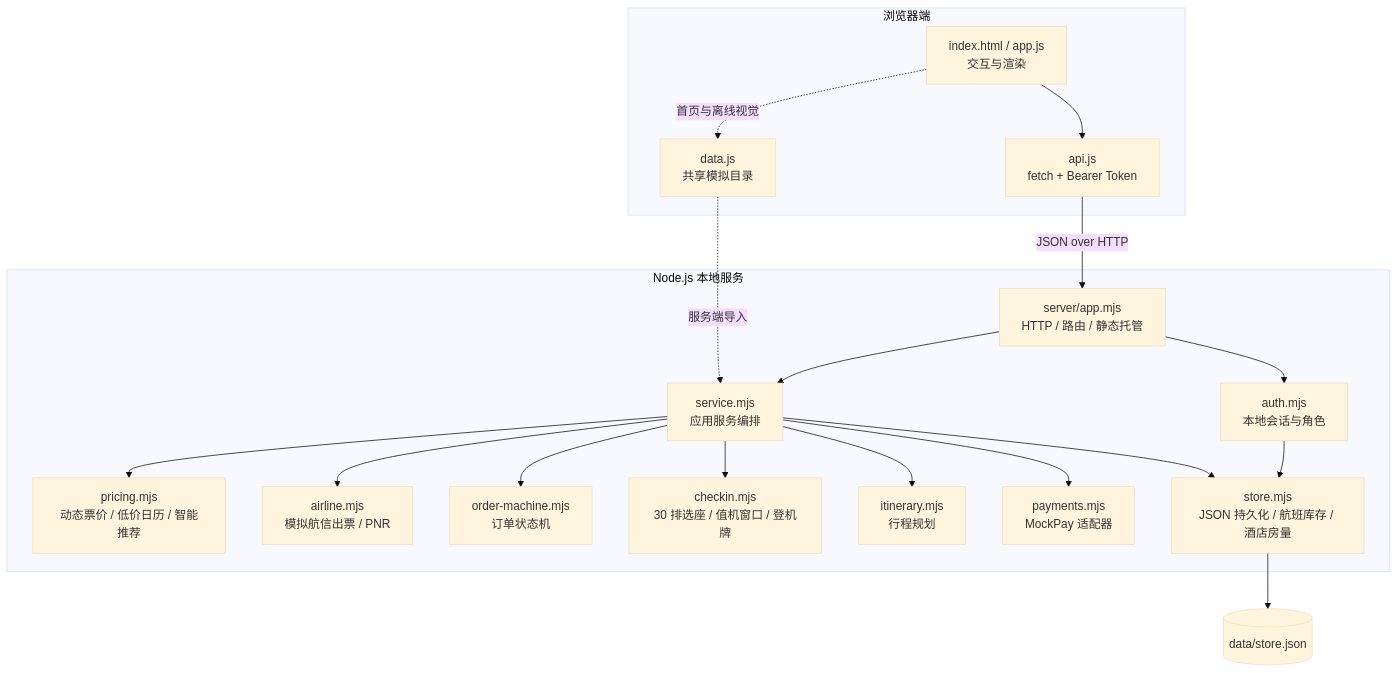
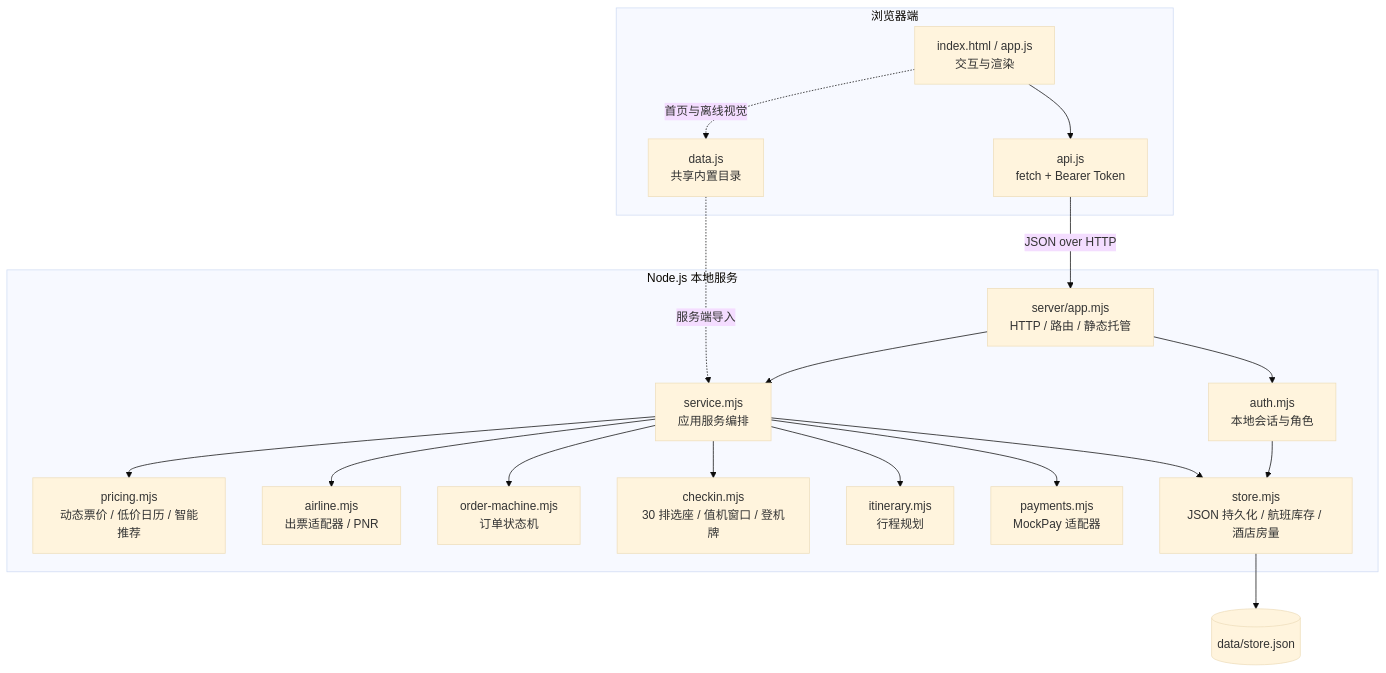
The second of 7 diagrams in docs/design.md (lonelyhty/hebut-xiecheng-se24), drawn with Mermaid (base theme) before and after one commit. The commit also changed other lines of this file and 50 other files, not shown here.

````diff
--- a/docs/design.md
+++ b/docs/design.md
@@ -61,36 +61,36 @@
 ```mermaid
 flowchart TB
   subgraph Browser[浏览器端]
     UI["index.html / app.js<br/>交互与渲染"]
     API_CLIENT["api.js<br/>fetch + Bearer Token"]
-    SHARED["data.js<br/>共享模拟目录"]
+    SHARED["data.js<br/>共享内置目录"]
   end
   subgraph NodeServer[Node.js 本地服务]
     HTTP["server/app.mjs<br/>HTTP / 路由 / 静态托管"]
     AUTH["auth.mjs<br/>本地会话与角色"]
     SERVICE["service.mjs<br/>应用服务编排"]
     PRICING["pricing.mjs<br/>动态票价 / 低价日历 / 智能推荐"]
-    AIRLINE["airline.mjs<br/>模拟航信出票 / PNR"]
+    AIRLINE["airline.mjs<br/>出票适配器 / PNR"]
     ORDER["order-machine.mjs<br/>订单状态机"]
     CHECKIN["checkin.mjs<br/>30 排选座 / 值机窗口 / 登机牌"]
     ITIN["itinerary.mjs<br/>行程规划"]
     PAYMENT["payments.mjs<br/>MockPay 适配器"]
     STORE["store.mjs<br/>JSON 持久化 / 航班库存 / 酒店房量"]
   end
   DATA[("data/store.json")]
   UI --> API_CLIENT
   API_CLIENT -->|"JSON over HTTP"| HTTP
   HTTP --> AUTH
   HTTP --> SERVICE
   SERVICE --> PRICING
   SERVICE --> AIRLINE
   SERVICE --> ORDER
   SERVICE --> CHECKIN
   SERVICE --> ITIN
   SERVICE --> PAYMENT
   AUTH --> STORE
   SERVICE --> STORE
   STORE --> DATA
   SHARED -. 服务端导入 .-> SERVICE
   UI -. 首页与离线视觉 .-> SHARED
 ```
````
